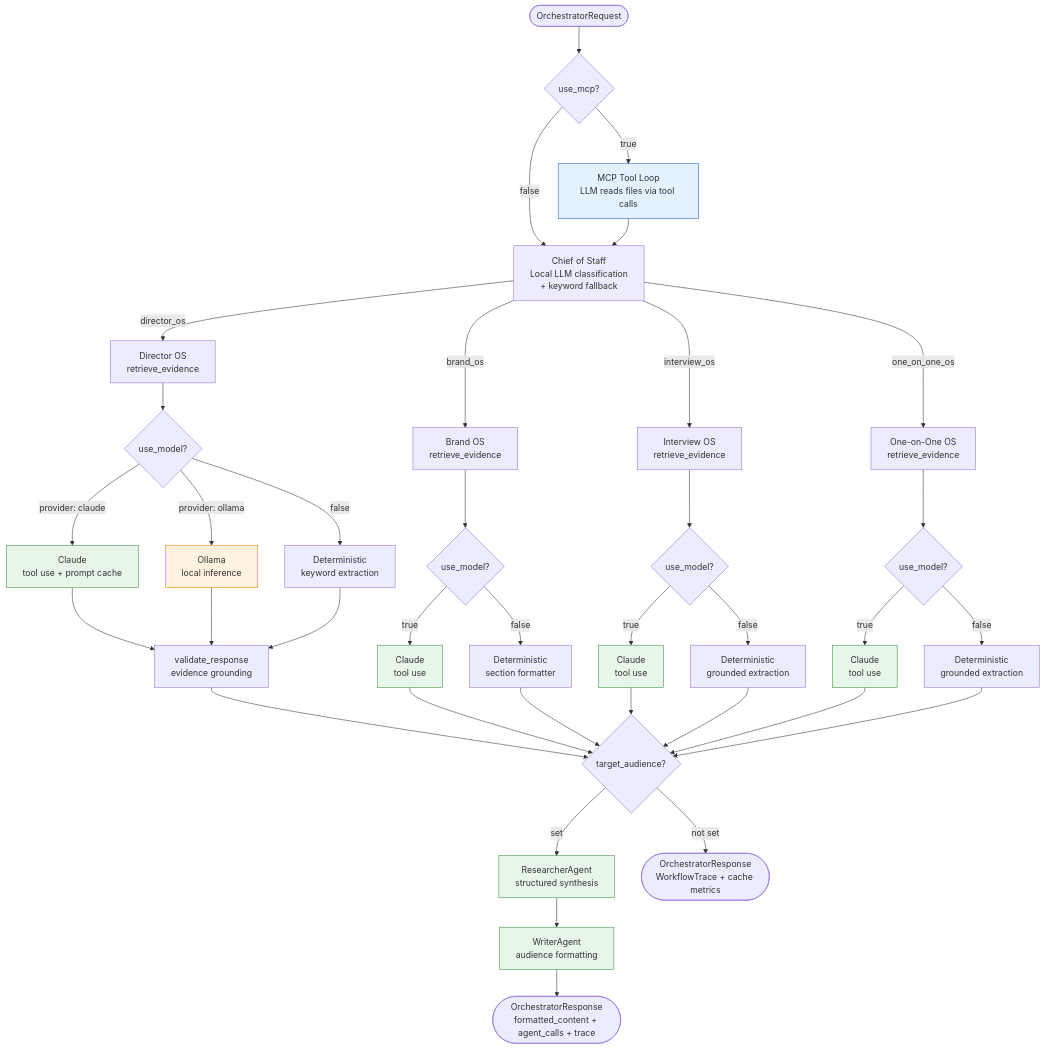
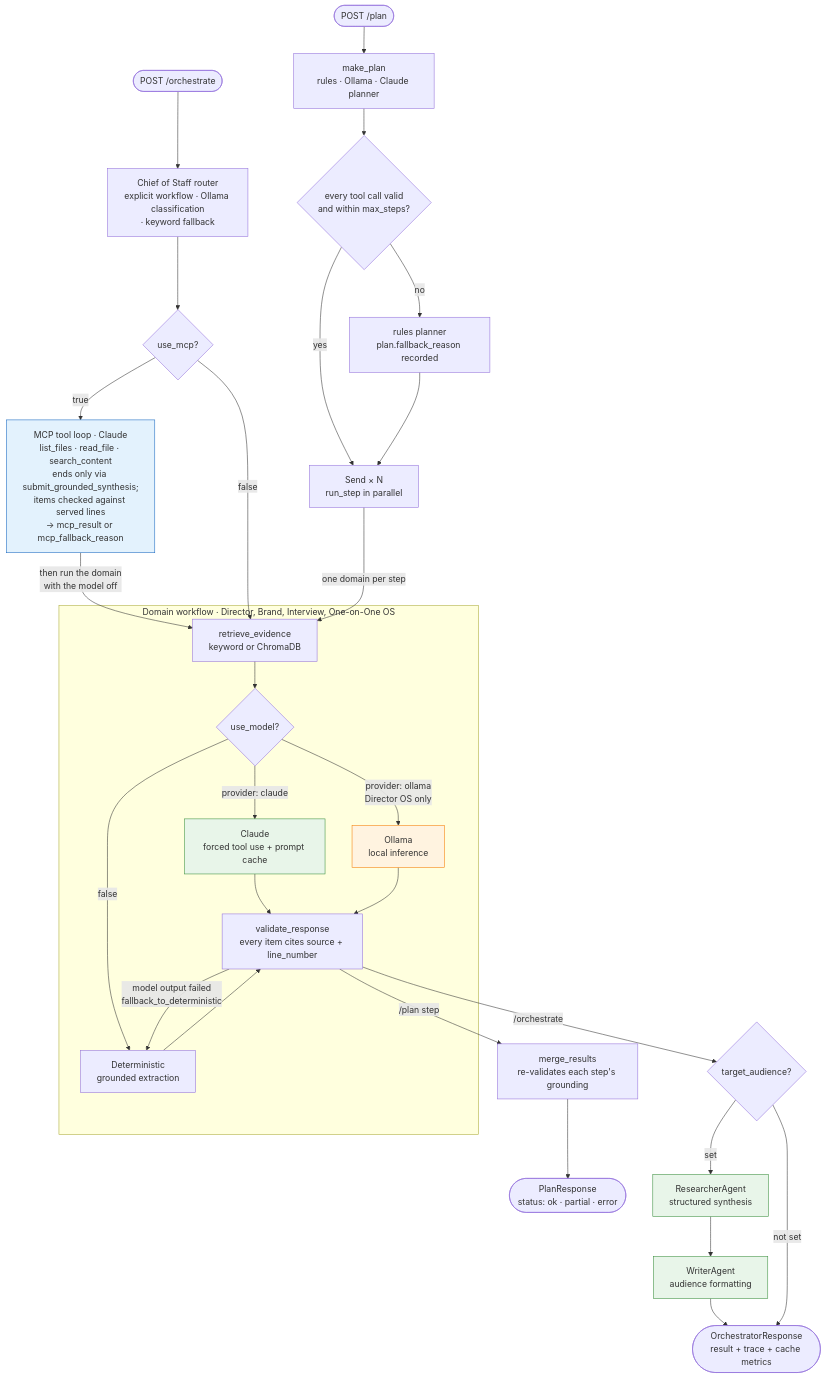
One commit to ramirez-ai-labs/ai-operating-system changed the diagram in README.md. Above: the diagram before and after it, drawn with Mermaid.

Commit message:
docs: redraw README architecture diagram as one shared domain pipeline (#125)

````diff
--- a/README.md
+++ b/README.md
@@ -108,54 +108,41 @@
 ```mermaid
 flowchart TB
-    In([OrchestratorRequest]) --> MCP{"use_mcp?"}
-    MCP -->|true| MCPLoop["MCP Tool Loop\nLLM reads files via tool calls"]
-    MCP -->|false| CoS["Chief of Staff\nLocal LLM classification\n+ keyword fallback"]
-    MCPLoop --> CoS
+    Orch(["POST /orchestrate"]) --> CoS["Chief of Staff router<br/>explicit workflow · Ollama classification<br/>· keyword fallback"]
+    CoS --> MCP{"use_mcp?"}
+    MCP -->|true| MCPLoop["MCP tool loop · Claude<br/>list_files · read_file · search_content<br/>ends only via submit_grounded_synthesis;<br/>items checked against served lines<br/>→ mcp_result or mcp_fallback_reason"]
+    MCPLoop -->|"then run the domain<br/>with the model off"| R
+    MCP -->|false| R
 
-    CoS -->|director_os| Dir["Director OS\nretrieve_evidence"]
-    CoS -->|brand_os| Brand["Brand OS\nretrieve_evidence"]
-    CoS -->|interview_os| Interview["Interview OS\nretrieve_evidence"]
-    CoS -->|one_on_one_os| OneOnOne["One-on-One OS\nretrieve_evidence"]
+    Plan(["POST /plan"]) --> Planner["make_plan<br/>rules · Ollama · Claude planner"]
+    Planner --> PlanCheck{"every tool call valid<br/>and within max_steps?"}
+    PlanCheck -->|yes| Fan["Send × N<br/>run_step in parallel"]
+    PlanCheck -->|no| Rules["rules planner<br/>plan.fallback_reason recorded"]
+    Rules --> Fan
+    Fan -->|one domain per step| R
 
-    Dir --> DModel{"use_model?"}
-    DModel -->|"provider: claude"| DC["Claude\ntool use + prompt cache"]
-    DModel -->|"provider: ollama"| DO["Ollama\nlocal inference"]
-    DModel -->|false| DDet["Deterministic\nkeyword extraction"]
-    DC --> DVal["validate_response\nevidence grounding"]
-    DO --> DVal
-    DDet --> DVal
+    subgraph Domain["Domain workflow · Director, Brand, Interview, One-on-One OS"]
+        R["retrieve_evidence<br/>keyword or ChromaDB"] --> S{"use_model?"}
+        S -->|"provider: claude"| C["Claude<br/>forced tool use + prompt cache"]
+        S -->|"provider: ollama<br/>Director OS only"| O["Ollama<br/>local inference"]
+        S -->|false| D["Deterministic<br/>grounded extraction"]
+        C --> V["validate_response<br/>every item cites source + line_number"]
+        O --> V
+        D --> V
+        V -->|"model output failed<br/>fallback_to_deterministic"| D
+    end
 
-    Brand --> BModel{"use_model?"}
-    BModel -->|true| BC["Claude\ntool use"]
-    BModel -->|false| BDet["Deterministic\nsection formatter"]
+    V -->|"/plan step"| Merge["merge_results<br/>re-validates each step's grounding"]
+    Merge --> PlanResp(["PlanResponse<br/>status: ok · partial · error"])
 
-    Interview --> IModel{"use_model?"}
-    IModel -->|true| IC["Claude\ntool use"]
-    IModel -->|false| IDet["Deterministic\ngrounded extraction"]
+    V -->|"/orchestrate"| TA{"target_audience?"}
+    TA -->|set| Researcher["ResearcherAgent<br/>structured synthesis"]
+    Researcher --> Writer["WriterAgent<br/>audience formatting"]
+    Writer --> Resp(["OrchestratorResponse<br/>result + trace + cache metrics"])
+    TA -->|not set| Resp
 
-    OneOnOne --> OModel{"use_model?"}
-    OModel -->|true| OC["Claude\ntool use"]
-    OModel -->|false| ODet["Deterministic\ngrounded extraction"]
-
-    DVal --> TA{"target_audience?"}
-    BC --> TA
-    BDet --> TA
-    IC --> TA
-    IDet --> TA
-    OC --> TA
-    ODet --> TA
-
-    TA -->|set| Researcher["ResearcherAgent\nstructured synthesis"]
-    Researcher --> Writer["WriterAgent\naudience formatting"]
-    Writer --> RespA(["OrchestratorResponse\nformatted_content + agent_calls + trace"])
-    TA -->|not set| RespB(["OrchestratorResponse\nWorkflowTrace + cache metrics"])
-
-    style DC fill:#e8f5e9,stroke:#388e3c
-    style BC fill:#e8f5e9,stroke:#388e3c
-    style IC fill:#e8f5e9,stroke:#388e3c
-    style OC fill:#e8f5e9,stroke:#388e3c
+    style C fill:#e8f5e9,stroke:#388e3c
     style Researcher fill:#e8f5e9,stroke:#388e3c
     style Writer fill:#e8f5e9,stroke:#388e3c
-    style DO fill:#fff3e0,stroke:#f57c00
+    style O fill:#fff3e0,stroke:#f57c00
     style MCPLoop fill:#e3f2fd,stroke:#1565c0
 ```
````
